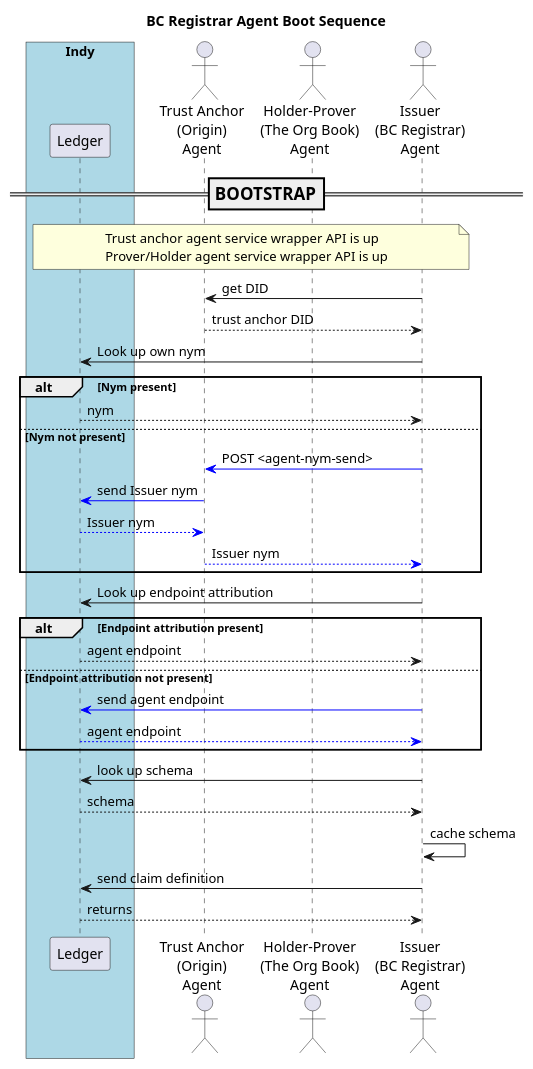
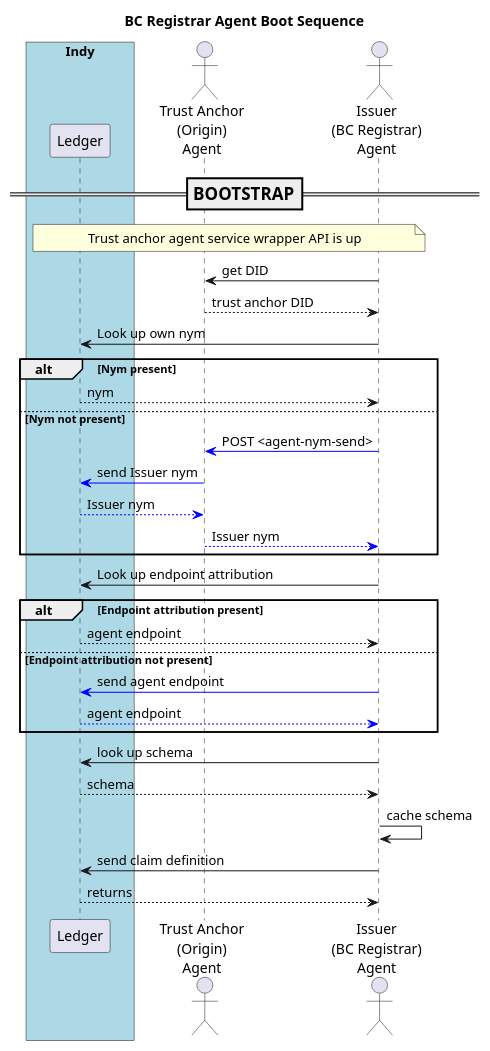
One commit to PSPC-SPAC-buyandsell/von_base changed the diagram in doc/pic/src/boot.bcrag.puml. Above: the diagram before and after it, drawn with PlantUML. The commit also changed 14 other files, not shown here.

Commit message:
document launch of pspc org book agent from sri agent, code changes accordingly

```diff
--- a/doc/pic/src/boot.bcrag.puml
+++ b/doc/pic/src/boot.bcrag.puml
@@ -1,65 +1,63 @@
 @startuml
 /'
 Copyright 2017 Government of Canada - Public Services and Procurement Canada - buyandsell.gc.ca
 
 Licensed under the Apache License, Version 2.0 (the "License");
 you may not use this file except in compliance with the License.
 You may obtain a copy of the License at
 
 http://www.apache.org/licenses/LICENSE-2.0
 
 Unless required by applicable law or agreed to in writing, software
 distributed under the License is distributed on an "AS IS" BASIS,
 WITHOUT WARRANTIES OR CONDITIONS OF ANY KIND, either express or implied.
 See the License for the specific language governing permissions and
 limitations under the License.
 '/
 
 skinparam ParticipantPadding 20
 skinparam BaloxPadding 20
 
 title BC Registrar Agent Boot Sequence
 
 
 box "Indy" #LightBlue
     participant "Ledger" as ledger
 endbox
 actor "Trust Anchor\n(Origin)\nAgent" as tag
-actor "Holder-Prover\n(The Org Book)\nAgent" as obag
 actor "Issuer\n(BC Registrar)\nAgent" as bcrag
 
 === BOOTSTRAP ==
 note over ledger, bcrag
 Trust anchor agent service wrapper API is up
-Prover/Holder agent service wrapper API is up
 endnote
 
 bcrag -> tag: get DID
 tag --> bcrag: trust anchor DID
 
 bcrag -> ledger: Look up own nym
 alt Nym present
     ledger --> bcrag: nym
 else Nym not present
     bcrag -[#blue]> tag: POST <agent-nym-send>
     tag -[#blue]> ledger: send Issuer nym
     ledger --[#blue]> tag: Issuer nym
     tag --[#blue]> bcrag: Issuer nym
 end
 
 bcrag -> ledger: Look up endpoint attribution
 alt Endpoint attribution present
     ledger --> bcrag: agent endpoint
 else Endpoint attribution not present
     bcrag -[#blue]> ledger: send agent endpoint
     ledger --[#blue]> bcrag: agent endpoint
 end
 
 bcrag -> ledger: look up schema
 ledger --> bcrag: schema
 bcrag -> bcrag: cache schema
 
 bcrag -> ledger: send claim definition
 ledger --> bcrag: returns
 
 @enduml
```
